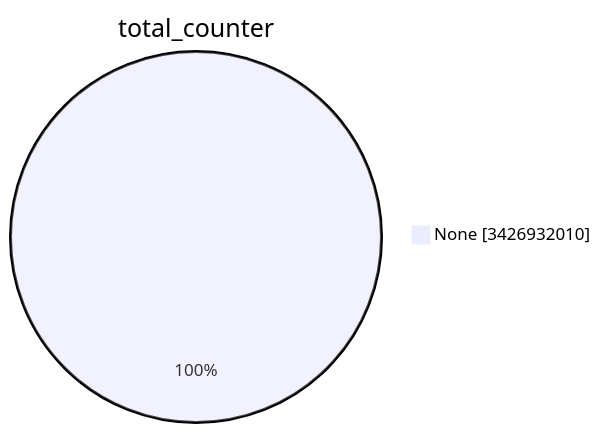
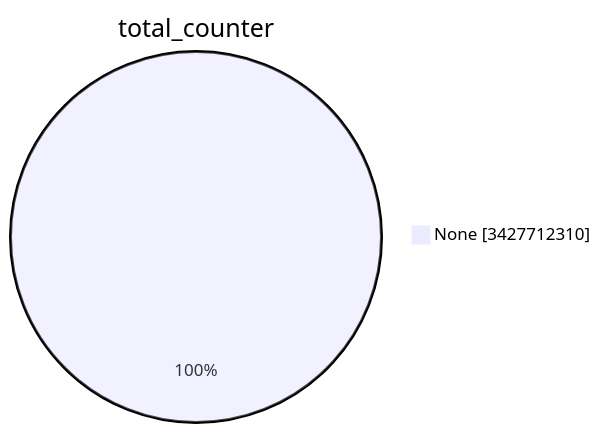
Before and after one commit to christiankrug/ctmonitor_visualization: the first of 15 diagrams in TOTAL/README.md, drawn with Mermaid. The commit also changed other lines of this file, not shown here.

````diff
--- a/TOTAL/README.md
+++ b/TOTAL/README.md
@@ -1,5 +1,5 @@
 ```mermaid
 pie showData
 title total_counter
-"None" :3426932010
+"None" :3427712310
 ```
````
